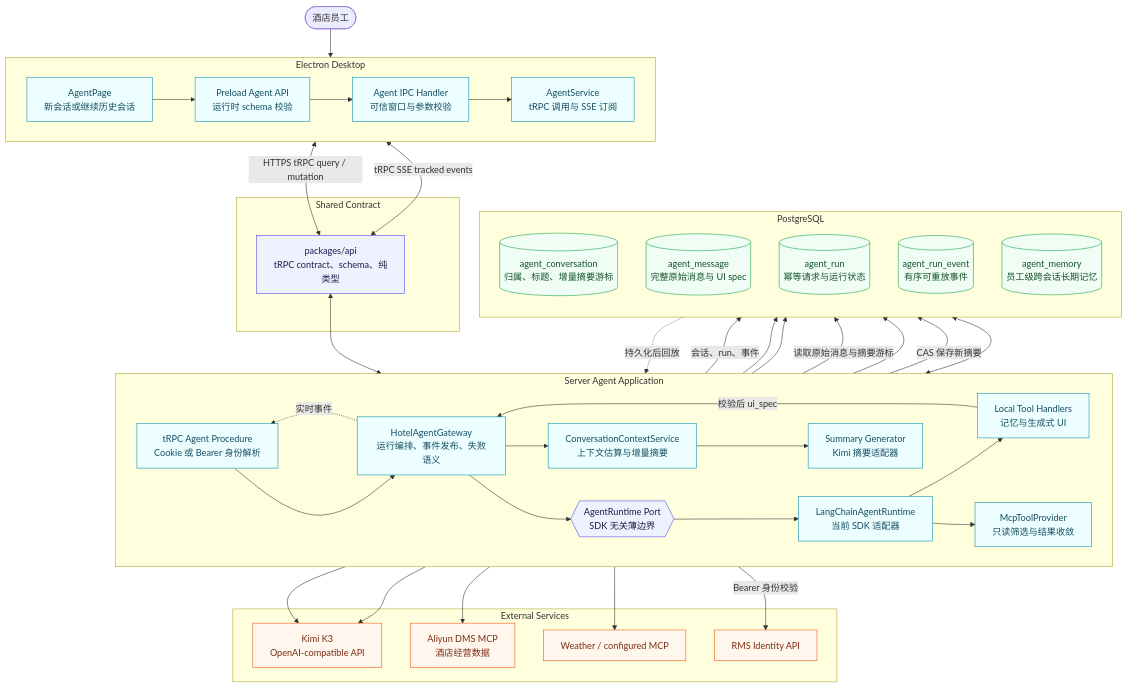
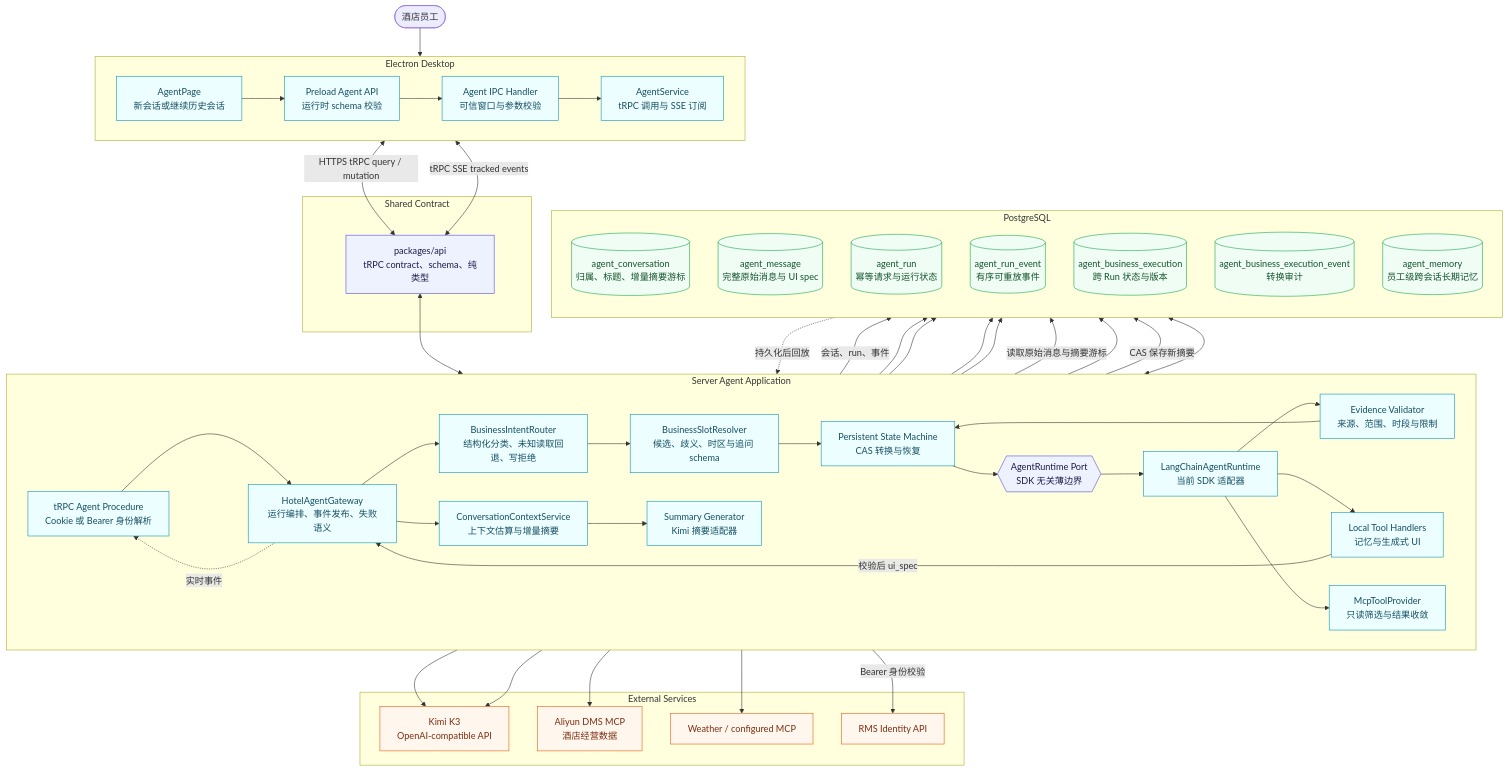
One commit to lishoubo/xiaozhi-desktop changed the diagram in docs/arch/2026-08-12-hotel-agent-architecture.mmd. Above: the diagram before and after it, drawn with Mermaid. The commit also changed 57 other files, not shown here.

Commit message:
add intent router

```diff
--- a/docs/arch/2026-08-12-hotel-agent-architecture.mmd
+++ b/docs/arch/2026-08-12-hotel-agent-architecture.mmd
@@ -1,80 +1,90 @@
 flowchart TB
   User([酒店员工])
 
   subgraph Desktop[Electron Desktop]
     direction LR
     UI[AgentPage<br/>新会话或继续历史会话]
     Preload[Preload Agent API<br/>运行时 schema 校验]
     IPC[Agent IPC Handler<br/>可信窗口与参数校验]
     Service[AgentService<br/>tRPC 调用与 SSE 订阅]
     UI --> Preload --> IPC --> Service
   end
 
   subgraph Contract[Shared Contract]
     API[packages/api<br/>tRPC contract、schema、纯类型]
   end
 
   subgraph Server[Server Agent Application]
     direction LR
     Procedure[tRPC Agent Procedure<br/>Cookie 或 Bearer 身份解析]
     Gateway[HotelAgentGateway<br/>运行编排、事件发布、失败语义]
+    Router[BusinessIntentRouter<br/>结构化分类、未知读取回退、写拒绝]
+    Slots[BusinessSlotResolver<br/>候选、歧义、时区与追问 schema]
+    State[Persistent State Machine<br/>CAS 转换与恢复]
+    Evidence[Evidence Validator<br/>来源、范围、时段与限制]
     Context[ConversationContextService<br/>上下文估算与增量摘要]
     RuntimePort{{AgentRuntime Port<br/>SDK 无关薄边界}}
     LangChain[LangChainAgentRuntime<br/>当前 SDK 适配器]
     Summary[Summary Generator<br/>Kimi 摘要适配器]
     ToolHandlers[Local Tool Handlers<br/>记忆与生成式 UI]
     MCP[McpToolProvider<br/>只读筛选与结果收敛]
 
     Procedure --> Gateway
+    Gateway --> Router --> Slots --> State
     Gateway --> Context
-    Gateway --> RuntimePort --> LangChain
+    State --> RuntimePort --> LangChain
+    LangChain --> Evidence --> State
     Context --> Summary
     LangChain --> ToolHandlers
     LangChain --> MCP
   end
 
   subgraph Persistence[PostgreSQL]
     direction TB
     Conversation[(agent_conversation<br/>归属、标题、增量摘要游标)]
     Message[(agent_message<br/>完整原始消息与 UI spec)]
     Run[(agent_run<br/>幂等请求与运行状态)]
     Event[(agent_run_event<br/>有序可重放事件)]
+    BusinessExecution[(agent_business_execution<br/>跨 Run 状态与版本)]
+    BusinessEvent[(agent_business_execution_event<br/>转换审计)]
     Memory[(agent_memory<br/>员工级跨会话长期记忆)]
   end
 
   subgraph External[External Services]
     Kimi[Kimi K3<br/>OpenAI-compatible API]
     DMS[Aliyun DMS MCP<br/>酒店经营数据]
     OtherMCP[Weather / configured MCP]
     RMS[RMS Identity API]
   end
 
   User --> UI
   Service <-->|HTTPS tRPC query / mutation| API
   Service <-->|tRPC SSE tracked events| API
   API <--> Procedure
 
   Procedure -->|Bearer 身份校验| RMS
   Gateway -->|会话、run、事件| Conversation
   Gateway --> Run
   Gateway --> Event
+  State --> BusinessExecution
+  State --> BusinessEvent
   Context -->|读取原始消息与摘要游标| Conversation
   Context --> Message
   Context -->|CAS 保存新摘要| Conversation
   Summary --> Kimi
   LangChain --> Kimi
   ToolHandlers <--> Memory
   ToolHandlers -->|校验后 ui_spec| Gateway
   MCP --> DMS
   MCP --> OtherMCP
   Event -. 持久化后回放 .-> Gateway
   Gateway -. 实时事件 .-> Procedure
 
   classDef boundary fill:#eef2ff,stroke:#4f46e5,color:#1e1b4b;
   classDef app fill:#ecfeff,stroke:#0891b2,color:#164e63;
   classDef data fill:#f0fdf4,stroke:#16a34a,color:#14532d;
   classDef external fill:#fff7ed,stroke:#ea580c,color:#7c2d12;
   class API,RuntimePort boundary;
-  class UI,Preload,IPC,Service,Procedure,Gateway,Context,LangChain,Summary,ToolHandlers,MCP app;
-  class Conversation,Message,Run,Event,Memory data;
+  class UI,Preload,IPC,Service,Procedure,Gateway,Router,Slots,State,Evidence,Context,LangChain,Summary,ToolHandlers,MCP app;
+  class Conversation,Message,Run,Event,BusinessExecution,BusinessEvent,Memory data;
   class Kimi,DMS,OtherMCP,RMS external;
```
